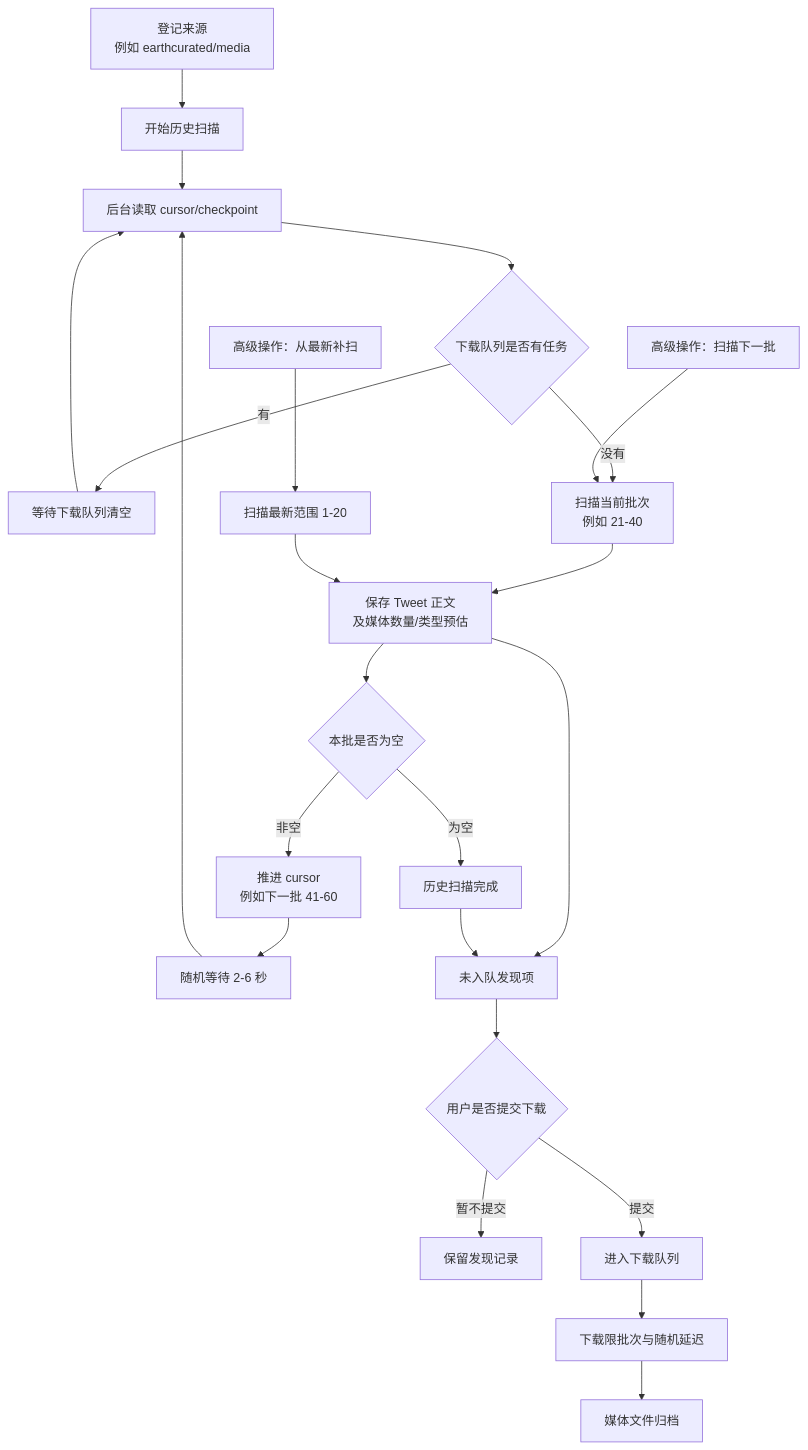
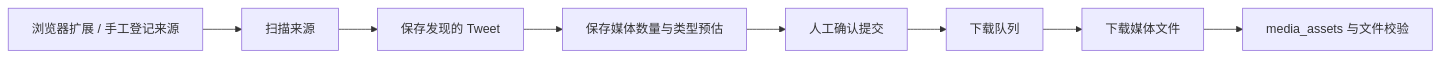
The first of 5 diagrams in docs/source-scanning-workflow.md (namehu/x-media-archiver), drawn with Mermaid before and after one commit. The commit also changed other lines of this file and 23 other files, not shown here.

````diff
--- a/docs/source-scanning-workflow.md
+++ b/docs/source-scanning-workflow.md
@@ -130,26 +15,10 @@
 ```mermaid
-flowchart TD
-    A["登记来源<br/>例如 earthcurated/media"] --> B["开始历史扫描"]
-    B --> C["后台读取 cursor/checkpoint"]
-    C --> D{"下载队列是否有任务"}
-    D -->|"有"| E["等待下载队列清空"]
-    E --> C
-    D -->|"没有"| F["扫描当前批次<br/>例如 21-40"]
-    F --> G["保存 Tweet 正文<br/>及媒体数量/类型预估"]
-    G --> H{"本批是否为空"}
-    H -->|"非空"| I["推进 cursor<br/>例如下一批 41-60"]
-    I --> J["随机等待 2-6 秒"]
-    J --> C
-    H -->|"为空"| K["历史扫描完成"]
-    G --> L["未入队发现项"]
-    K --> L
-    L --> M{"用户是否提交下载"}
-    M -->|"暂不提交"| N["保留发现记录"]
-    M -->|"提交"| O["进入下载队列"]
-    O --> P["下载限批次与随机延迟"]
-    P --> Q["媒体文件归档"]
-
-    R["高级操作：扫描下一批"] --> F
-    S["高级操作：从最新补扫"] --> T["扫描最新范围 1-20"]
-    T --> G
+flowchart LR
+    A["浏览器扩展 / 手工登记来源"] --> B["扫描来源"]
+    B --> C["保存发现的 Tweet"]
+    C --> D["保存媒体数量与类型预估"]
+    D --> E["人工确认提交"]
+    E --> F["下载队列"]
+    F --> G["下载媒体文件"]
+    G --> H["media_assets 与文件校验"]
 ```
````
